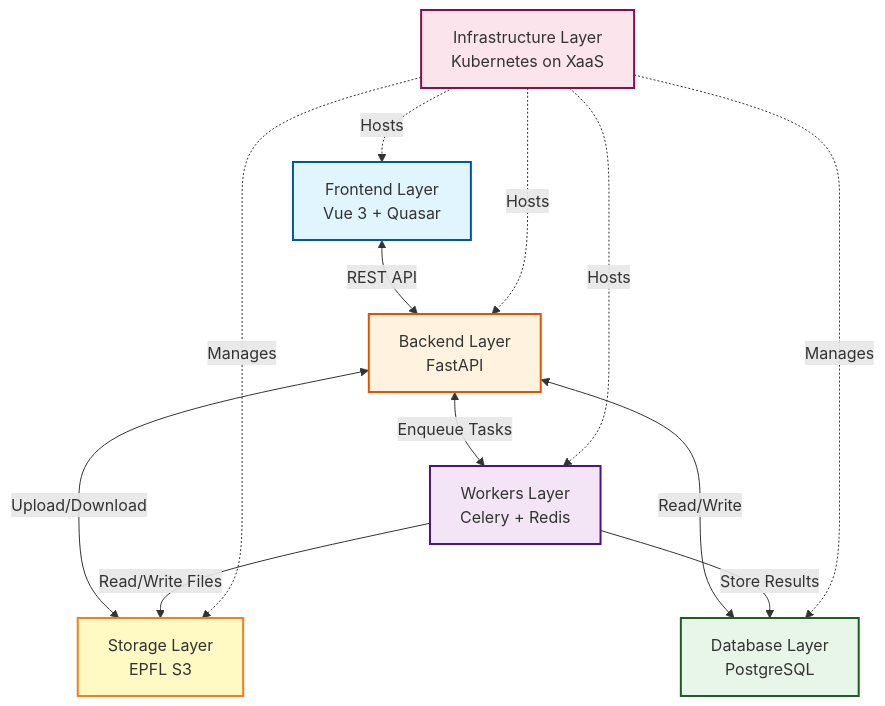
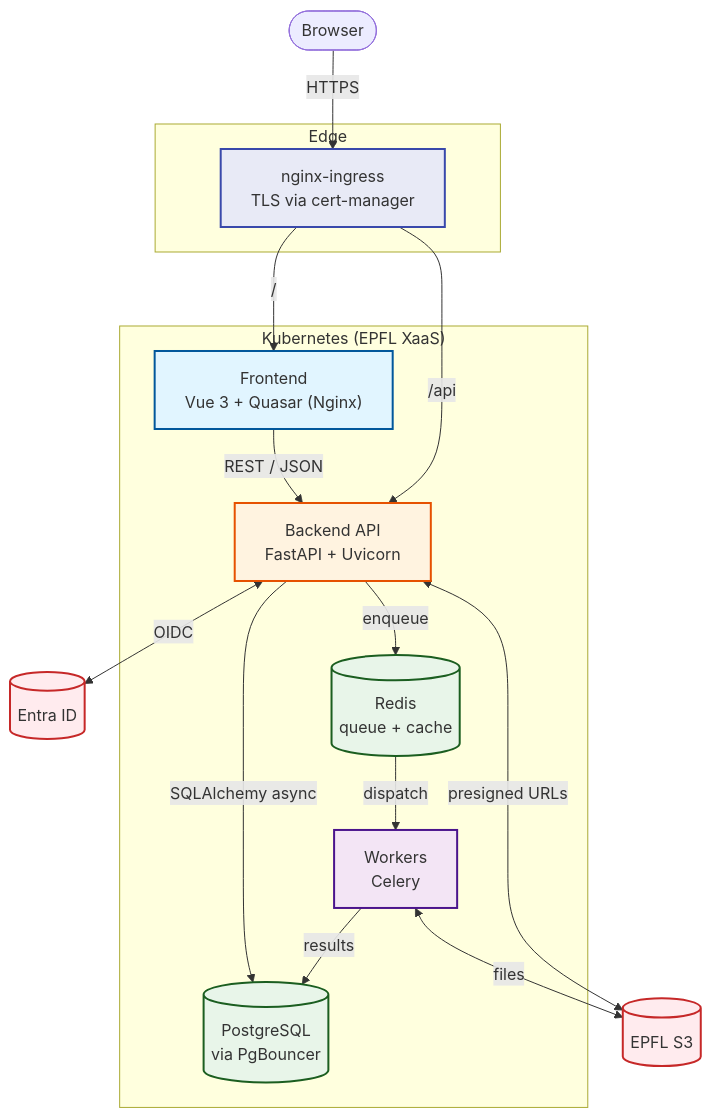
One commit to EPFL-ENAC/co2-calculator changed the second of 3 diagrams in docs/src/architecture/02-system-overview.md. Above: the diagram before and after it, drawn with Mermaid. The commit also changed other lines of this file, not shown here.

First line of the commit message:
docs(#860): C1 system-overview mermaid + condense

````diff
--- a/docs/src/architecture/02-system-overview.md
+++ b/docs/src/architecture/02-system-overview.md
@@ -223,35 +58,45 @@
 ```mermaid
-graph TB
-    Frontend["Frontend Layer<br/>Vue 3 + Quasar"]
-    Backend["Backend Layer<br/>FastAPI"]
-    Workers["Workers Layer<br/>Celery + Redis"]
-    Database["Database Layer<br/>PostgreSQL"]
-    Storage["Storage Layer<br/>EPFL S3"]
-    Infra["Infrastructure Layer<br/>Kubernetes on XaaS"]
+flowchart TB
+    Browser([Browser])
 
-    Frontend <-->|REST API| Backend
-    Backend <-->|Enqueue Tasks| Workers
-    Backend <-->|Read/Write| Database
-    Backend <-->|Upload/Download| Storage
-    Workers -->|Read/Write Files| Storage
-    Workers -->|Store Results| Database
-    Infra -.->|Hosts| Frontend
-    Infra -.->|Hosts| Backend
-    Infra -.->|Hosts| Workers
-    Infra -.->|Manages| Database
-    Infra -.->|Manages| Storage
+    subgraph Edge["Edge"]
+        Ingress[nginx-ingress<br/>TLS via cert-manager]
+    end
 
-    classDef frontend fill:#e1f5ff,stroke:#01579b,stroke-width:2px
-    classDef backend fill:#fff3e0,stroke:#e65100,stroke-width:2px
-    classDef workers fill:#f3e5f5,stroke:#4a148c,stroke-width:2px
-    classDef database fill:#e8f5e9,stroke:#1b5e20,stroke-width:2px
-    classDef storage fill:#fff9c4,stroke:#f57f17,stroke-width:2px
-    classDef infra fill:#fce4ec,stroke:#880e4f,stroke-width:2px
+    subgraph K8s["Kubernetes (EPFL XaaS)"]
+        FE["Frontend<br/>Vue 3 + Quasar (Nginx)"]
+        BE["Backend API<br/>FastAPI + Uvicorn"]
+        WK["Workers<br/>Celery"]
+        Redis[(Redis<br/>queue + cache)]
+        PG[(PostgreSQL<br/>via PgBouncer)]
+    end
 
-    class Frontend frontend
-    class Backend backend
-    class Workers workers
-    class Database database
-    class Storage storage
-    class Infra infra
+    Entra[(Entra ID)]
+    S3[(EPFL S3)]
+
+    Browser -->|HTTPS| Ingress
+    Ingress -->|/| FE
+    Ingress -->|/api| BE
+    FE -->|REST / JSON| BE
+    BE <-->|OIDC| Entra
+    BE -->|SQLAlchemy async| PG
+    BE -->|enqueue| Redis
+    BE <-->|presigned URLs| S3
+    Redis -->|dispatch| WK
+    WK -->|results| PG
+    WK <-->|files| S3
+
+    classDef fe fill:#e1f5ff,stroke:#01579b,stroke-width:2px
+    classDef be fill:#fff3e0,stroke:#e65100,stroke-width:2px
+    classDef wk fill:#f3e5f5,stroke:#4a148c,stroke-width:2px
+    classDef data fill:#e8f5e9,stroke:#1b5e20,stroke-width:2px
+    classDef ext fill:#ffebee,stroke:#c62828,stroke-width:2px
+    classDef edge fill:#e8eaf6,stroke:#3949ab,stroke-width:2px
+
+    class FE fe
+    class BE be
+    class WK wk
+    class Redis,PG data
+    class Entra,S3 ext
+    class Ingress edge
 ```
````
